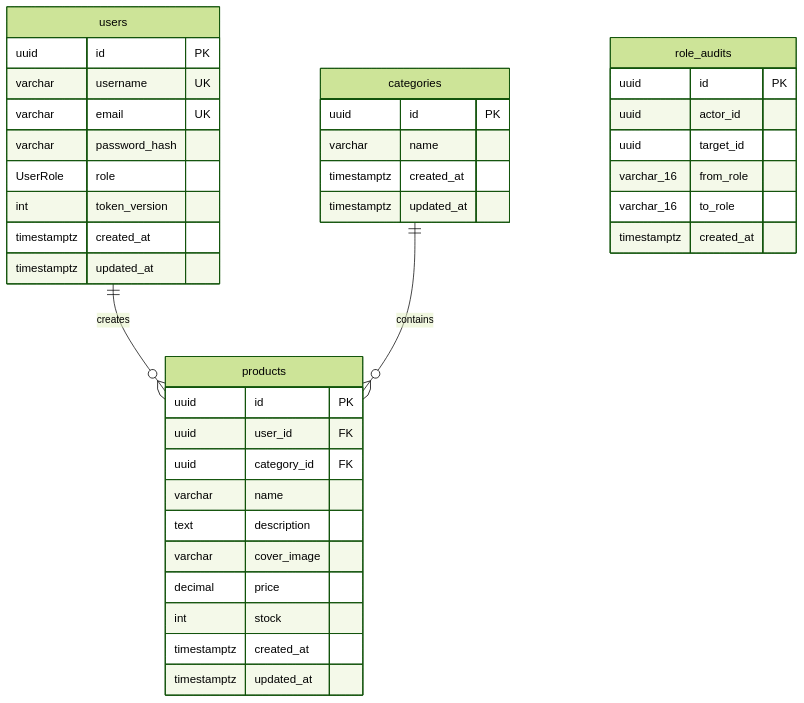
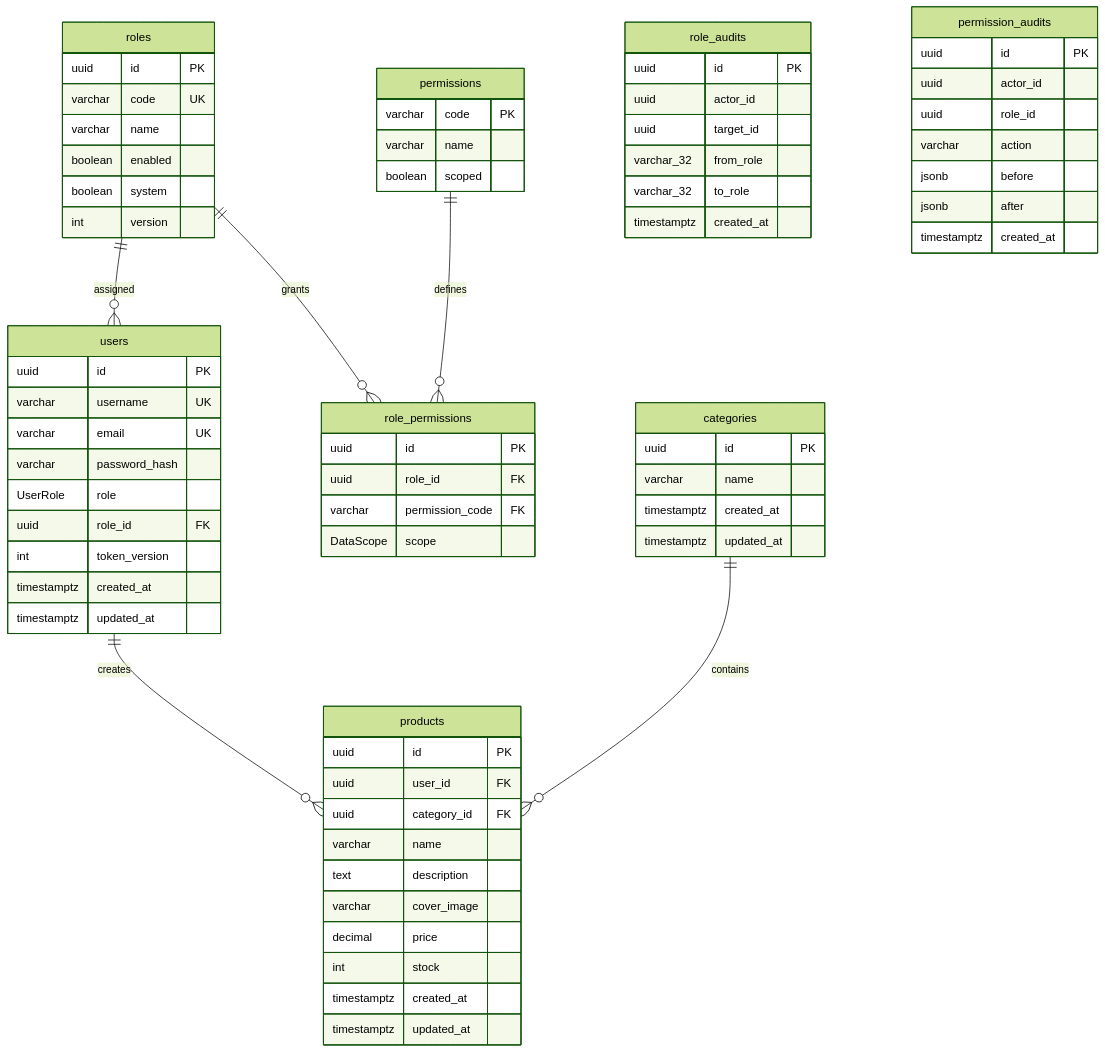
The first of 2 diagrams in docs/database.md (py678/ecommerce-product-system), drawn with Mermaid (forest theme) before and after one commit. The commit also changed other lines of this file and 48 other files, not shown here.

````diff
--- a/docs/database.md
+++ b/docs/database.md
@@ -5,41 +5,73 @@
 ```mermaid
 erDiagram
+  roles ||--o{ users : assigned
+  roles ||--o{ role_permissions : grants
+  permissions ||--o{ role_permissions : defines
   users ||--o{ products : creates
   categories ||--o{ products : contains
   users {
     uuid id PK
     varchar username UK
     varchar email UK
     varchar password_hash
     UserRole role
+    uuid role_id FK
     int token_version
     timestamptz created_at
     timestamptz updated_at
   }
   role_audits {
     uuid id PK
     uuid actor_id
     uuid target_id
-    varchar_16 from_role
-    varchar_16 to_role
+    varchar_32 from_role
+    varchar_32 to_role
+    timestamptz created_at
+  }
+  roles {
+    uuid id PK
+    varchar code UK
+    varchar name
+    boolean enabled
+    boolean system
+    int version
+  }
+  permissions {
+    varchar code PK
+    varchar name
+    boolean scoped
+  }
+  role_permissions {
+    uuid id PK
+    uuid role_id FK
+    varchar permission_code FK
+    DataScope scope
+  }
+  permission_audits {
+    uuid id PK
+    uuid actor_id
+    uuid role_id
+    varchar action
+    jsonb before
+    jsonb after
     timestamptz created_at
   }
   categories {
     uuid id PK
     varchar name
     timestamptz created_at
     timestamptz updated_at
   }
   products {
     uuid id PK
     uuid user_id FK
     uuid category_id FK
     varchar name
     text description
     varchar cover_image
     decimal price
     int stock
     timestamptz created_at
     timestamptz updated_at
   }
 ```
````
